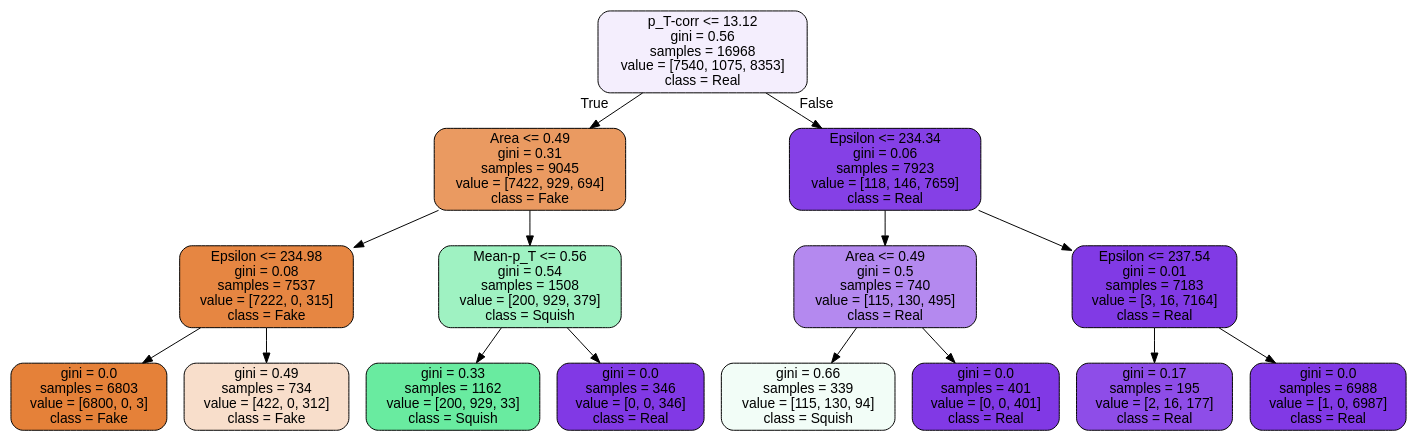
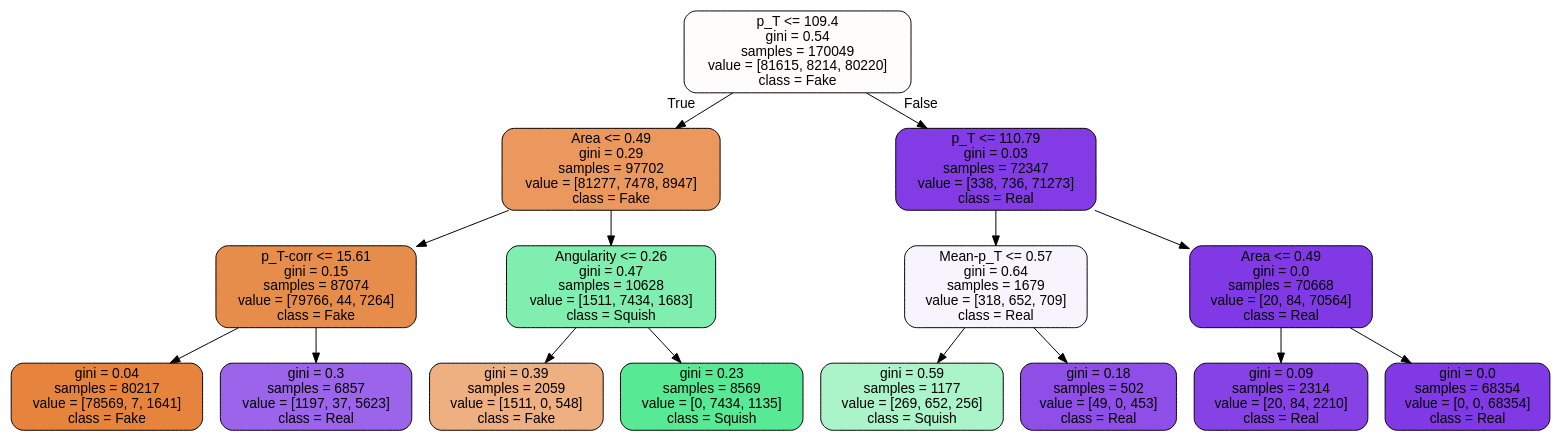
The diagram in Oracles/Oracle_0.4_30.dot (Steffanic/ML-Jet-BG-Subtraction), drawn with Graphviz before and after one commit. The commit also changed 15 other files, not shown here.

```diff
--- a/Oracles/Oracle_0.4_30.dot
+++ b/Oracles/Oracle_0.4_30.dot
@@ -1,33 +1,33 @@
 digraph Tree {
 node [shape=box, style="filled, rounded", color="black", fontname=helvetica] ;
 edge [fontname=helvetica] ;
-0 [label="p_T-corr <= 13.12\ngini = 0.56\nsamples = 16968\nvalue = [7540, 1075, 8353]\nclass = Real", fillcolor="#f4eefd"] ;
-1 [label="Area <= 0.49\ngini = 0.31\nsamples = 9045\nvalue = [7422, 929, 694]\nclass = Fake", fillcolor="#ea9a61"] ;
+0 [label="p_T <= 109.4\ngini = 0.54\nsamples = 170049\nvalue = [81615, 8214, 80220]\nclass = Fake", fillcolor="#fffdfc"] ;
+1 [label="Area <= 0.49\ngini = 0.29\nsamples = 97702\nvalue = [81277, 7478, 8947]\nclass = Fake", fillcolor="#ea985e"] ;
 0 -> 1 [labeldistance=2.5, labelangle=45, headlabel="True"] ;
-2 [label="Epsilon <= 234.98\ngini = 0.08\nsamples = 7537\nvalue = [7222, 0, 315]\nclass = Fake", fillcolor="#e68642"] ;
+2 [label="p_T-corr <= 15.61\ngini = 0.15\nsamples = 87074\nvalue = [79766, 44, 7264]\nclass = Fake", fillcolor="#e78d4b"] ;
 1 -> 2 ;
-3 [label="gini = 0.0\nsamples = 6803\nvalue = [6800, 0, 3]\nclass = Fake", fillcolor="#e58139"] ;
+3 [label="gini = 0.04\nsamples = 80217\nvalue = [78569, 7, 1641]\nclass = Fake", fillcolor="#e6843d"] ;
 2 -> 3 ;
-4 [label="gini = 0.49\nsamples = 734\nvalue = [422, 0, 312]\nclass = Fake", fillcolor="#f8decb"] ;
+4 [label="gini = 0.3\nsamples = 6857\nvalue = [1197, 37, 5623]\nclass = Real", fillcolor="#9c64eb"] ;
 2 -> 4 ;
-5 [label="Mean-p_T <= 0.56\ngini = 0.54\nsamples = 1508\nvalue = [200, 929, 379]\nclass = Squish", fillcolor="#9ff2c2"] ;
+5 [label="Angularity <= 0.26\ngini = 0.47\nsamples = 10628\nvalue = [1511, 7434, 1683]\nclass = Squish", fillcolor="#80eeae"] ;
 1 -> 5 ;
-6 [label="gini = 0.33\nsamples = 1162\nvalue = [200, 929, 33]\nclass = Squish", fillcolor="#69eba0"] ;
+6 [label="gini = 0.39\nsamples = 2059\nvalue = [1511, 0, 548]\nclass = Fake", fillcolor="#eeaf81"] ;
 5 -> 6 ;
-7 [label="gini = 0.0\nsamples = 346\nvalue = [0, 0, 346]\nclass = Real", fillcolor="#8139e5"] ;
+7 [label="gini = 0.23\nsamples = 8569\nvalue = [0, 7434, 1135]\nclass = Squish", fillcolor="#57e994"] ;
 5 -> 7 ;
-8 [label="Epsilon <= 234.34\ngini = 0.06\nsamples = 7923\nvalue = [118, 146, 7659]\nclass = Real", fillcolor="#8540e6"] ;
+8 [label="p_T <= 110.79\ngini = 0.03\nsamples = 72347\nvalue = [338, 736, 71273]\nclass = Real", fillcolor="#833ce5"] ;
 0 -> 8 [labeldistance=2.5, labelangle=-45, headlabel="False"] ;
-9 [label="Area <= 0.49\ngini = 0.5\nsamples = 740\nvalue = [115, 130, 495]\nclass = Real", fillcolor="#b489ef"] ;
+9 [label="Mean-p_T <= 0.57\ngini = 0.64\nsamples = 1679\nvalue = [318, 652, 709]\nclass = Real", fillcolor="#f8f4fe"] ;
 8 -> 9 ;
-10 [label="gini = 0.66\nsamples = 339\nvalue = [115, 130, 94]\nclass = Squish", fillcolor="#f2fdf7"] ;
+10 [label="gini = 0.59\nsamples = 1177\nvalue = [269, 652, 256]\nclass = Squish", fillcolor="#abf4ca"] ;
 9 -> 10 ;
-11 [label="gini = 0.0\nsamples = 401\nvalue = [0, 0, 401]\nclass = Real", fillcolor="#8139e5"] ;
+11 [label="gini = 0.18\nsamples = 502\nvalue = [49, 0, 453]\nclass = Real", fillcolor="#8f4ee8"] ;
 9 -> 11 ;
-12 [label="Epsilon <= 237.54\ngini = 0.01\nsamples = 7183\nvalue = [3, 16, 7164]\nclass = Real", fillcolor="#813ae5"] ;
+12 [label="Area <= 0.49\ngini = 0.0\nsamples = 70668\nvalue = [20, 84, 70564]\nclass = Real", fillcolor="#8139e5"] ;
 8 -> 12 ;
-13 [label="gini = 0.17\nsamples = 195\nvalue = [2, 16, 177]\nclass = Real", fillcolor="#8e4de8"] ;
+13 [label="gini = 0.09\nsamples = 2314\nvalue = [20, 84, 2210]\nclass = Real", fillcolor="#8742e6"] ;
 12 -> 13 ;
-14 [label="gini = 0.0\nsamples = 6988\nvalue = [1, 0, 6987]\nclass = Real", fillcolor="#8139e5"] ;
+14 [label="gini = 0.0\nsamples = 68354\nvalue = [0, 0, 68354]\nclass = Real", fillcolor="#8139e5"] ;
 12 -> 14 ;
 }
```
